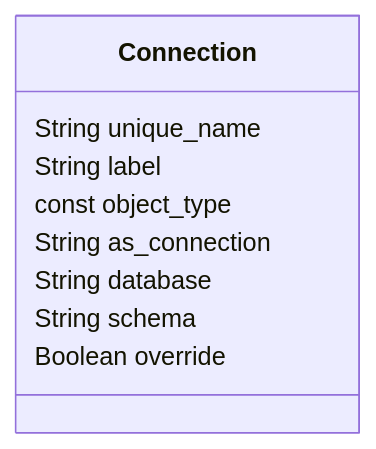
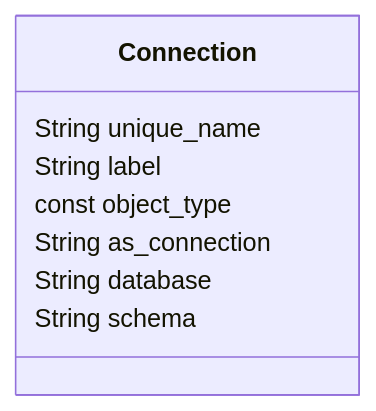
The diagram in sml-reference/connection.md (AlchemyTechLabsInc/SML), drawn with Mermaid before and after one commit. The commit also changed other lines of this file, not shown here.

````diff
--- a/sml-reference/connection.md
+++ b/sml-reference/connection.md
@@ -24,12 +24,11 @@
 ```mermaid
 classDiagram
     class Connection{
       String unique_name
       String label
       const object_type
       String as_connection
       String database
       String schema
-      Boolean override
     }
 ```
````
